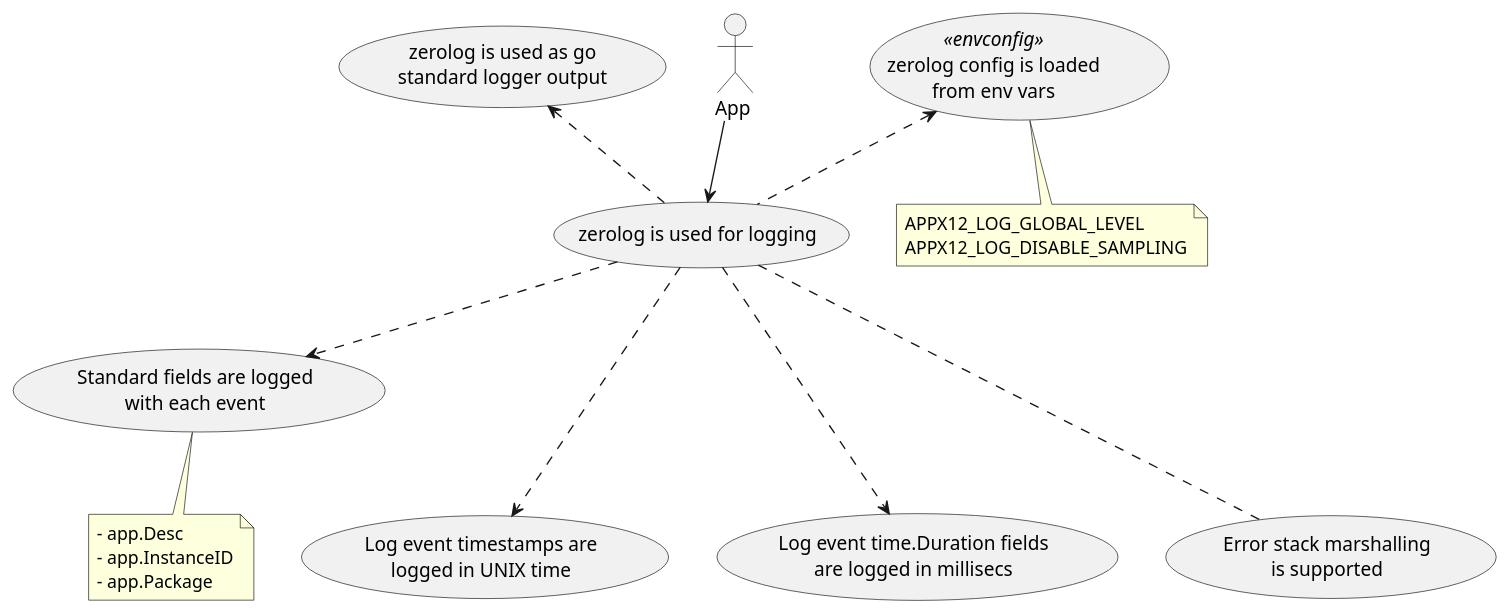
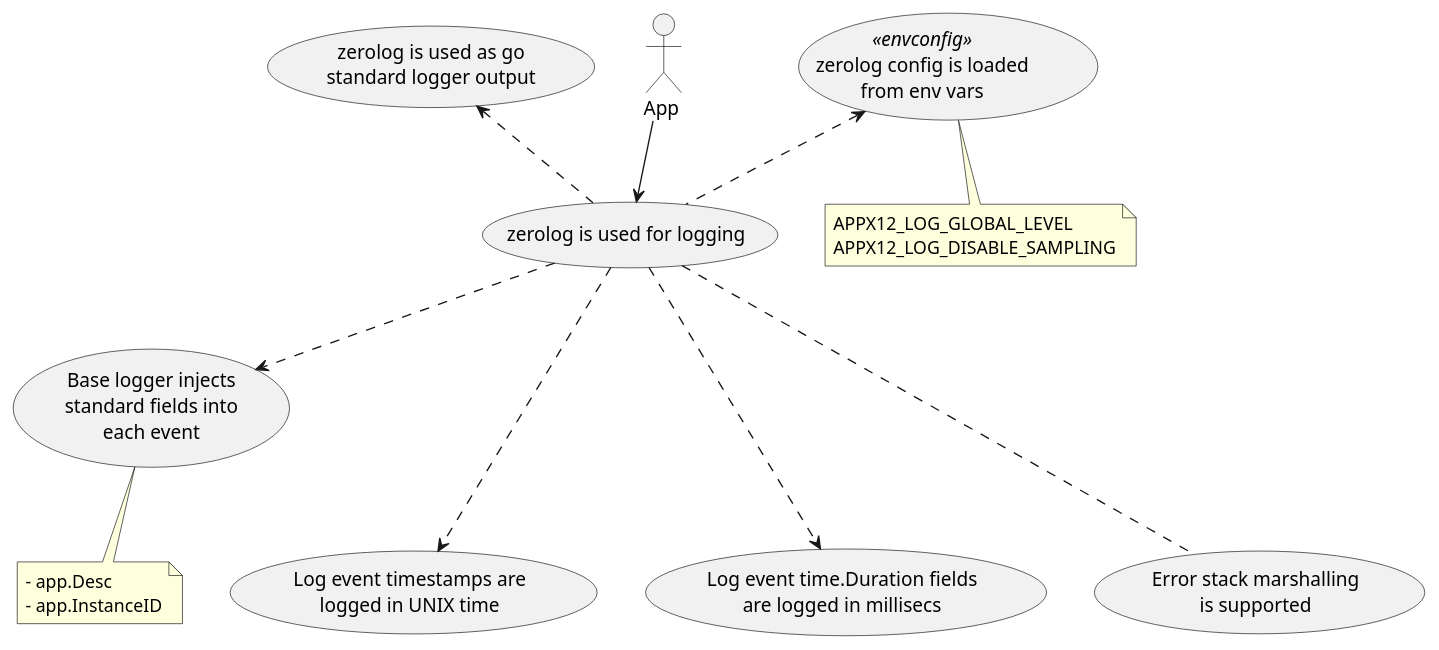
The diagram in pkg/app/logcfg/usecases.puml (oysterpack/andiamo), drawn with PlantUML before and after one commit. The commit also changed 18 other files, not shown here.

```diff
--- a/pkg/app/logcfg/usecases.puml
+++ b/pkg/app/logcfg/usecases.puml
@@ -1,45 +1,51 @@
 @startuml
 actor :App : as APP
 
 
 usecase APP_LOGGING as "zerolog is used for logging"
-usecase ZEROLOG_CONFIG << envconfig >> as "zerolog config is loaded
+usecase ZEROLOG_CONFIG << envconfig >> as "
+zerolog config is loaded
 from env vars"
 
 note bottom of ZEROLOG_CONFIG {
 APPX12_LOG_GLOBAL_LEVEL
 APPX12_LOG_DISABLE_SAMPLING
 }
 
-usecase LOG_APP_DESC as "Standard fields are logged
-with each event"
+usecase LOG_APP_DESC as "
+Base logger injects
+standard fields into
+each event"
 
 note bottom of LOG_APP_DESC {
 - app.Desc
 - app.InstanceID
-- app.Package
 }
 
-usecase LOG_TIMESTAMP as "Log event timestamps are
+usecase LOG_TIMESTAMP as "
+Log event timestamps are
 logged in UNIX time"
 
-usecase LOG_DURATION as "Log event time.Duration fields
+usecase LOG_DURATION as "
+Log event time.Duration fields
 are logged in millisecs"
 
-usecase LOG_ERROR_STACK_MARSHALLER as "Error stack marshalling
+usecase LOG_ERROR_STACK_MARSHALLER as "
+Error stack marshalling
 is supported"
 
-usecase GO_LOGGING as "zerolog is used as go
+usecase GO_LOGGING as "
+zerolog is used as go
 standard logger output"
 
 
 APP_LOGGING .up.> GO_LOGGING
 APP_LOGGING .up.> ZEROLOG_CONFIG
 APP_LOGGING ..> LOG_APP_DESC
 APP_LOGGING ...> LOG_TIMESTAMP
 APP_LOGGING ...> LOG_DURATION
 APP_LOGGING ... LOG_ERROR_STACK_MARSHALLER
 
 APP --> APP_LOGGING
 
 @enduml
```
